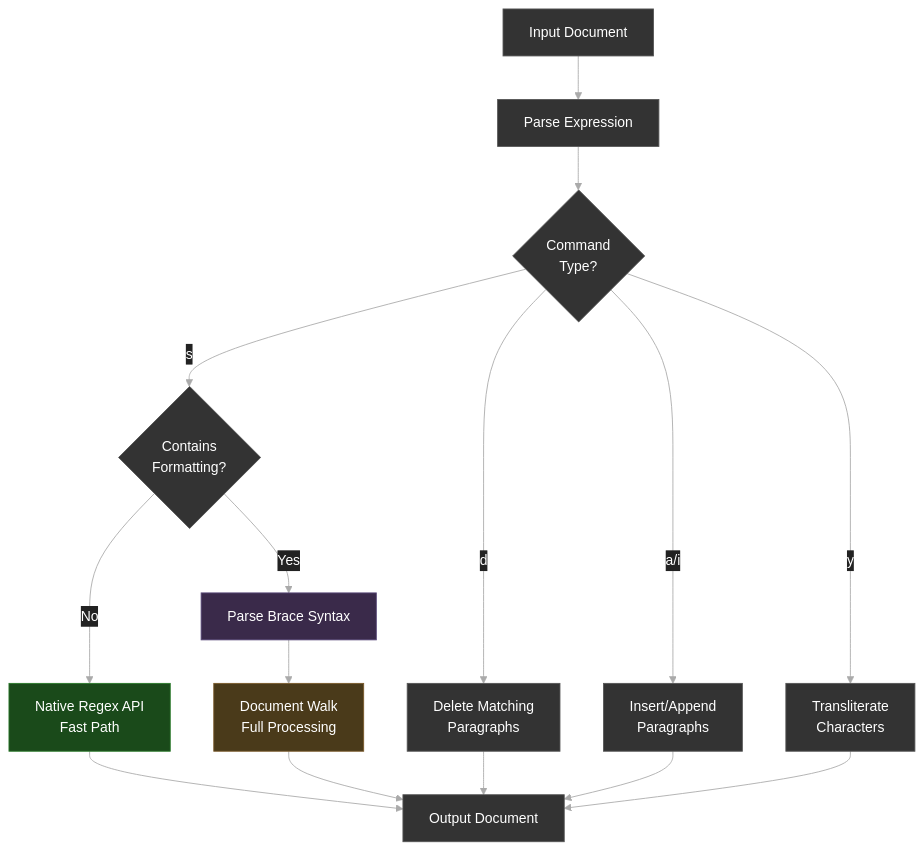
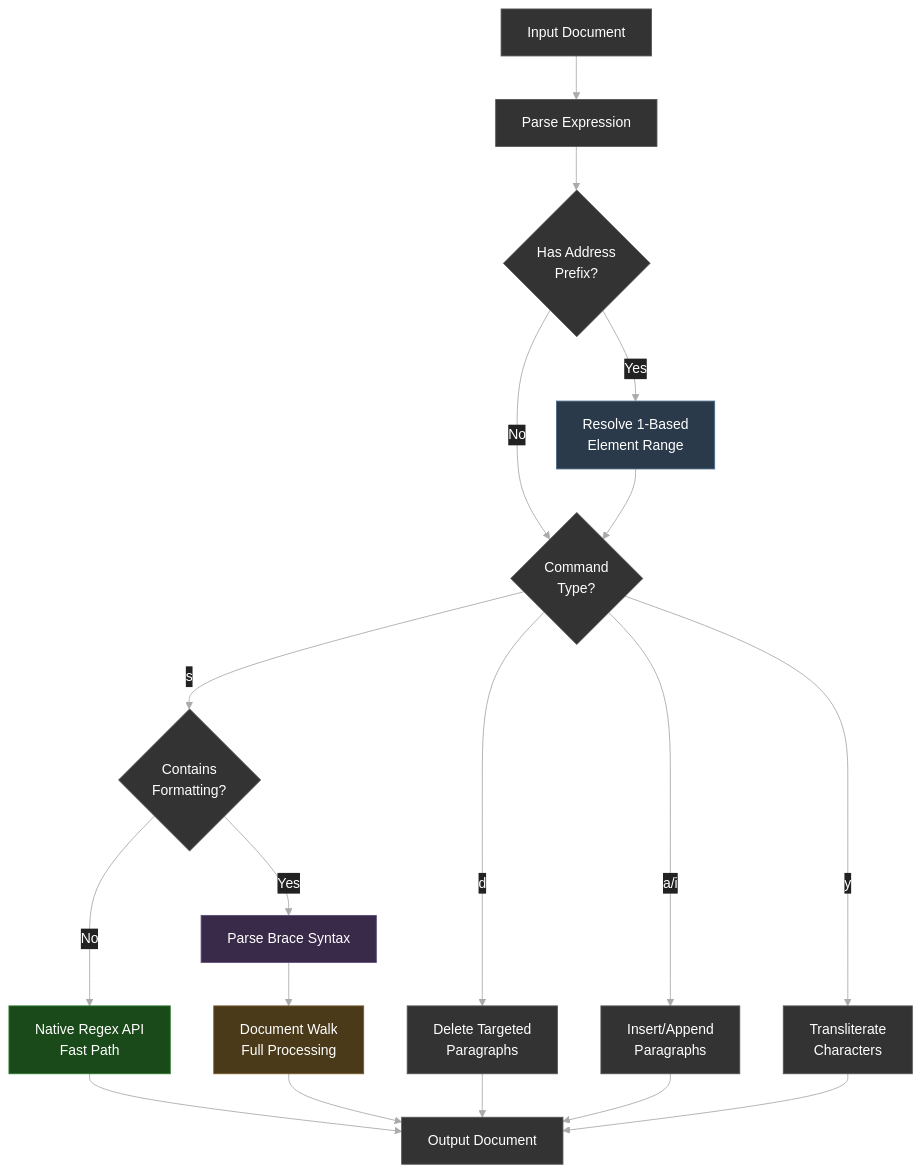
One commit to visionik/sedmat changed the second of 3 diagrams in README.md. Above: the diagram before and after it, drawn with Mermaid. The commit also changed other lines of this file, not shown here.

````diff
--- a/README.md
+++ b/README.md
@@ -97,22 +105,26 @@
 ```mermaid
 %%{init: {'theme': 'base', 'themeVariables': { 'primaryColor': '#333333', 'primaryTextColor': '#ffffff', 'primaryBorderColor': '#555555', 'lineColor': '#aaaaaa', 'secondaryColor': '#2a2a2a', 'tertiaryColor': '#222222', 'background': '#111111', 'edgeLabelBackground': '#222222' }}}%%
 flowchart TB
     INPUT[Input Document] --> PARSE[Parse Expression]
-    PARSE --> CMD{Command<br/>Type?}
+    PARSE --> ADDR{Has Address<br/>Prefix?}
+    ADDR -->|Yes| RESOLVE[Resolve 1-Based<br/>Element Range]
+    ADDR -->|No| CMD{Command<br/>Type?}
+    RESOLVE --> CMD
     CMD -->|s| HASFORMAT{Contains<br/>Formatting?}
-    CMD -->|d| DELETE[Delete Matching<br/>Paragraphs]
+    CMD -->|d| DELETE[Delete Targeted<br/>Paragraphs]
     CMD -->|a/i| INSERT[Insert/Append<br/>Paragraphs]
     CMD -->|y| XLAT[Transliterate<br/>Characters]
     HASFORMAT -->|No| NATIVE[Native Regex API<br/>Fast Path]
     HASFORMAT -->|Yes| BRACEPARSE[Parse Brace Syntax]
     BRACEPARSE --> WALK[Document Walk<br/>Full Processing]
     NATIVE --> OUTPUT[Output Document]
     WALK --> OUTPUT
     DELETE --> OUTPUT
     INSERT --> OUTPUT
     XLAT --> OUTPUT
     
+    style RESOLVE fill:#2a3a4a,color:#ffffff,stroke:#4a6a8a
     style NATIVE fill:#1a4a1a,color:#ffffff,stroke:#2a7a2a
     style WALK fill:#4a3a1a,color:#ffffff,stroke:#7a5a2a
     style BRACEPARSE fill:#3a2a4a,color:#ffffff,stroke:#5a4a7a
 ```
````
